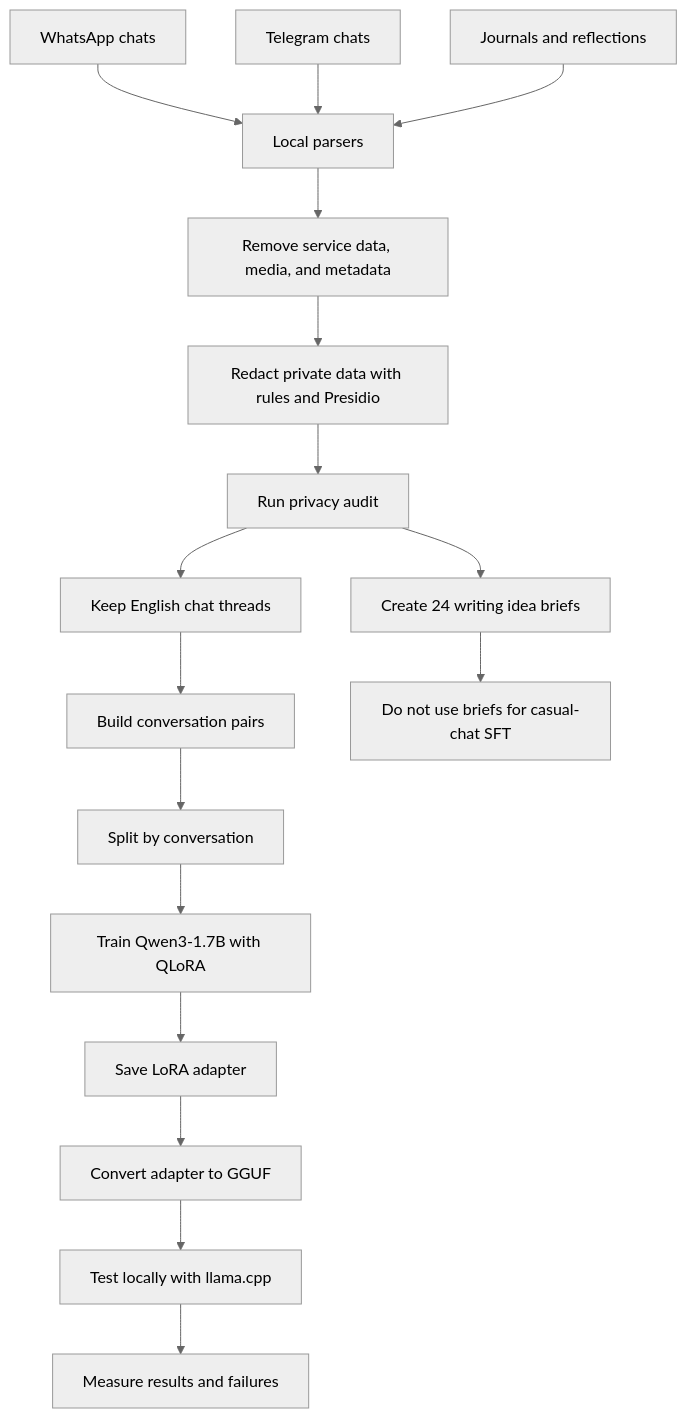
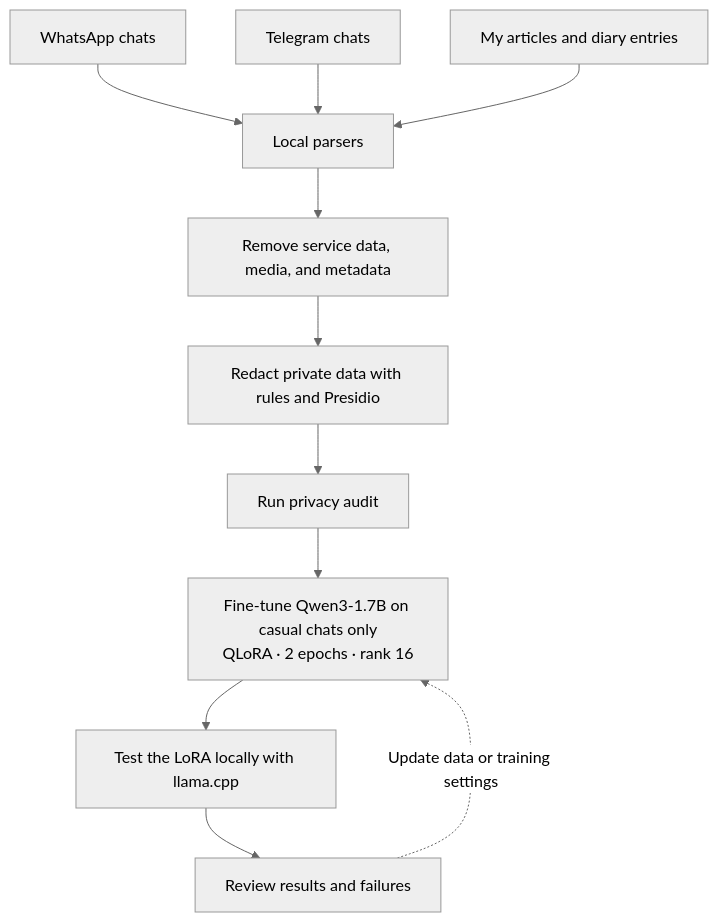
Before and after one commit to Neeraj138/speak-like-me: the diagram in README.md, drawn with Mermaid (neutral theme). The commit also changed other lines of this file, not shown here.

Commit message:
Simplify README architecture diagram

````diff
--- a/README.md
+++ b/README.md
@@ -10,22 +10,15 @@
 ```mermaid
 flowchart TD
     W[WhatsApp chats] --> P[Local parsers]
     T[Telegram chats] --> P
-    J[Journals and reflections] --> P
+    J[My articles and diary entries] --> P
 
     P --> C[Remove service data, media, and metadata]
     C --> R[Redact private data with rules and Presidio]
     R --> A[Run privacy audit]
 
-    A --> E[Keep English chat threads]
-    E --> D[Build conversation pairs]
-    D --> S[Split by conversation]
-    S --> Q[Train Qwen3-1.7B with QLoRA]
-    Q --> L[Save LoRA adapter]
-    L --> G[Convert adapter to GGUF]
-    G --> X[Test locally with llama.cpp]
-    X --> Y[Measure results and failures]
-
-    A --> B[Create 24 writing idea briefs]
-    B --> N[Do not use briefs for casual-chat SFT]
+    A --> F[Fine-tune Qwen3-1.7B on casual chats only<br/>QLoRA · 2 epochs · rank 16]
+    F --> X[Test the LoRA locally with llama.cpp]
+    X --> Y[Review results and failures]
+    Y -. Update data or training settings .-> F
 ```
````
